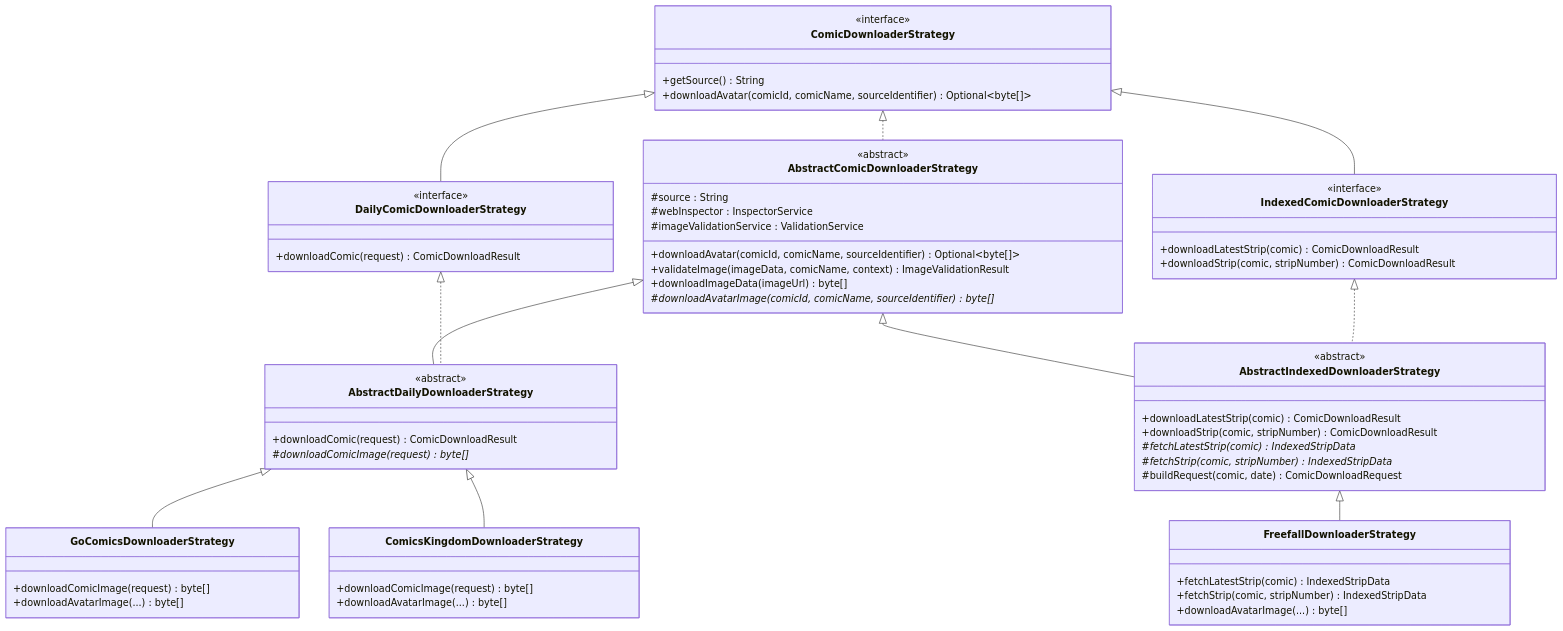
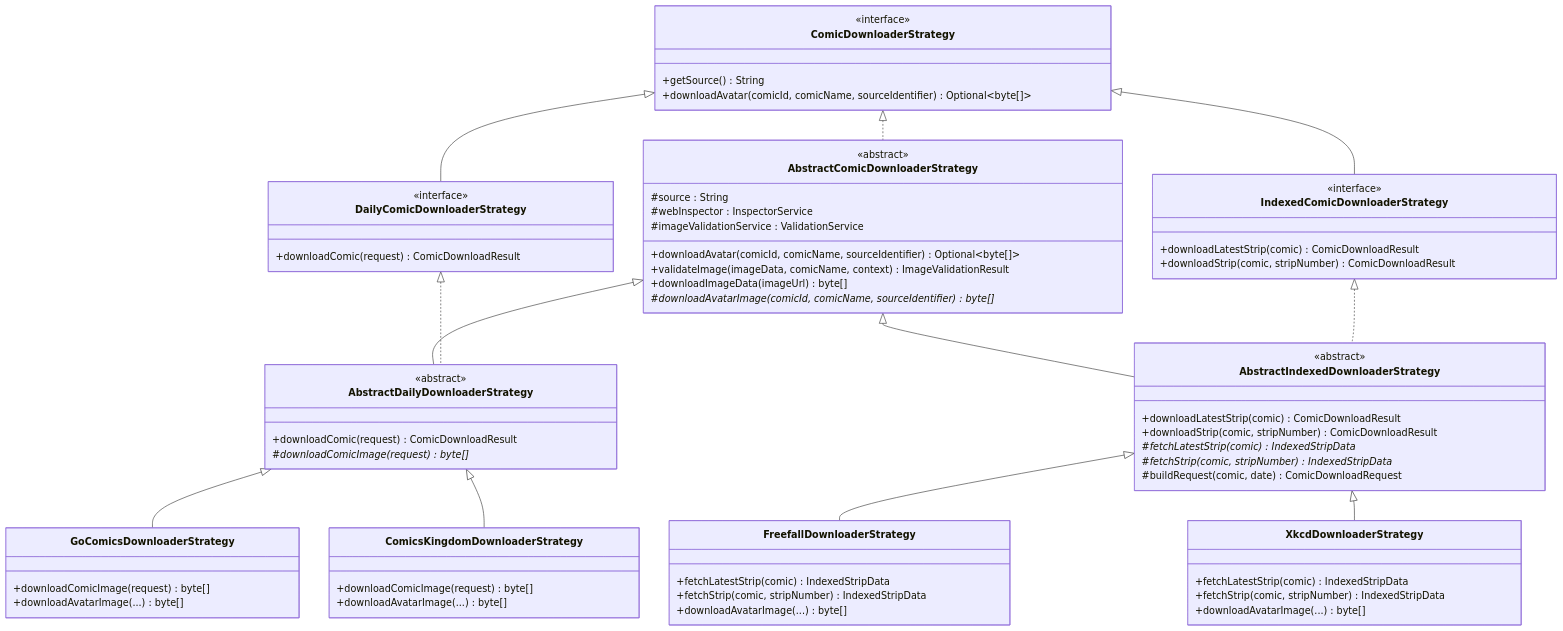
The first of 2 diagrams in docs/design/downloader-strategies.md (KKDad/ComicCacher), drawn with Mermaid before and after one commit. The commit also changed other lines of this file and 13 other files, not shown here.

First line of the commit message:
Add xkcd as an indexed comic source (#457)

````diff
--- a/docs/design/downloader-strategies.md
+++ b/docs/design/downloader-strategies.md
@@ -7,72 +7,79 @@
 ```mermaid
 classDiagram
     class ComicDownloaderStrategy {
         <<interface>>
         +getSource() String
         +downloadAvatar(comicId, comicName, sourceIdentifier) Optional~byte[]~
     }
 
     class DailyComicDownloaderStrategy {
         <<interface>>
         +downloadComic(request) ComicDownloadResult
     }
 
     class IndexedComicDownloaderStrategy {
         <<interface>>
         +downloadLatestStrip(comic) ComicDownloadResult
         +downloadStrip(comic, stripNumber) ComicDownloadResult
     }
 
     class AbstractComicDownloaderStrategy {
         <<abstract>>
         #source : String
         #webInspector : InspectorService
         #imageValidationService : ValidationService
         +downloadAvatar(comicId, comicName, sourceIdentifier) Optional~byte[]~
         +validateImage(imageData, comicName, context) ImageValidationResult
         +downloadImageData(imageUrl) byte[]
         #downloadAvatarImage(comicId, comicName, sourceIdentifier)* byte[]
     }
 
     class AbstractDailyDownloaderStrategy {
         <<abstract>>
         +downloadComic(request) ComicDownloadResult
         #downloadComicImage(request)* byte[]
     }
 
     class AbstractIndexedDownloaderStrategy {
         <<abstract>>
         +downloadLatestStrip(comic) ComicDownloadResult
         +downloadStrip(comic, stripNumber) ComicDownloadResult
         #fetchLatestStrip(comic)* IndexedStripData
         #fetchStrip(comic, stripNumber)* IndexedStripData
         #buildRequest(comic, date) ComicDownloadRequest
     }
 
     class GoComicsDownloaderStrategy {
         +downloadComicImage(request) byte[]
         +downloadAvatarImage(...) byte[]
     }
 
     class ComicsKingdomDownloaderStrategy {
         +downloadComicImage(request) byte[]
         +downloadAvatarImage(...) byte[]
     }
 
     class FreefallDownloaderStrategy {
         +fetchLatestStrip(comic) IndexedStripData
         +fetchStrip(comic, stripNumber) IndexedStripData
         +downloadAvatarImage(...) byte[]
     }
 
+    class XkcdDownloaderStrategy {
+        +fetchLatestStrip(comic) IndexedStripData
+        +fetchStrip(comic, stripNumber) IndexedStripData
+        +downloadAvatarImage(...) byte[]
+    }
+
     ComicDownloaderStrategy <|-- DailyComicDownloaderStrategy
     ComicDownloaderStrategy <|-- IndexedComicDownloaderStrategy
     ComicDownloaderStrategy <|.. AbstractComicDownloaderStrategy
     AbstractComicDownloaderStrategy <|-- AbstractDailyDownloaderStrategy
     AbstractComicDownloaderStrategy <|-- AbstractIndexedDownloaderStrategy
     DailyComicDownloaderStrategy <|.. AbstractDailyDownloaderStrategy
     IndexedComicDownloaderStrategy <|.. AbstractIndexedDownloaderStrategy
     AbstractDailyDownloaderStrategy <|-- GoComicsDownloaderStrategy
     AbstractDailyDownloaderStrategy <|-- ComicsKingdomDownloaderStrategy
     AbstractIndexedDownloaderStrategy <|-- FreefallDownloaderStrategy
+    AbstractIndexedDownloaderStrategy <|-- XkcdDownloaderStrategy
 ```
````
